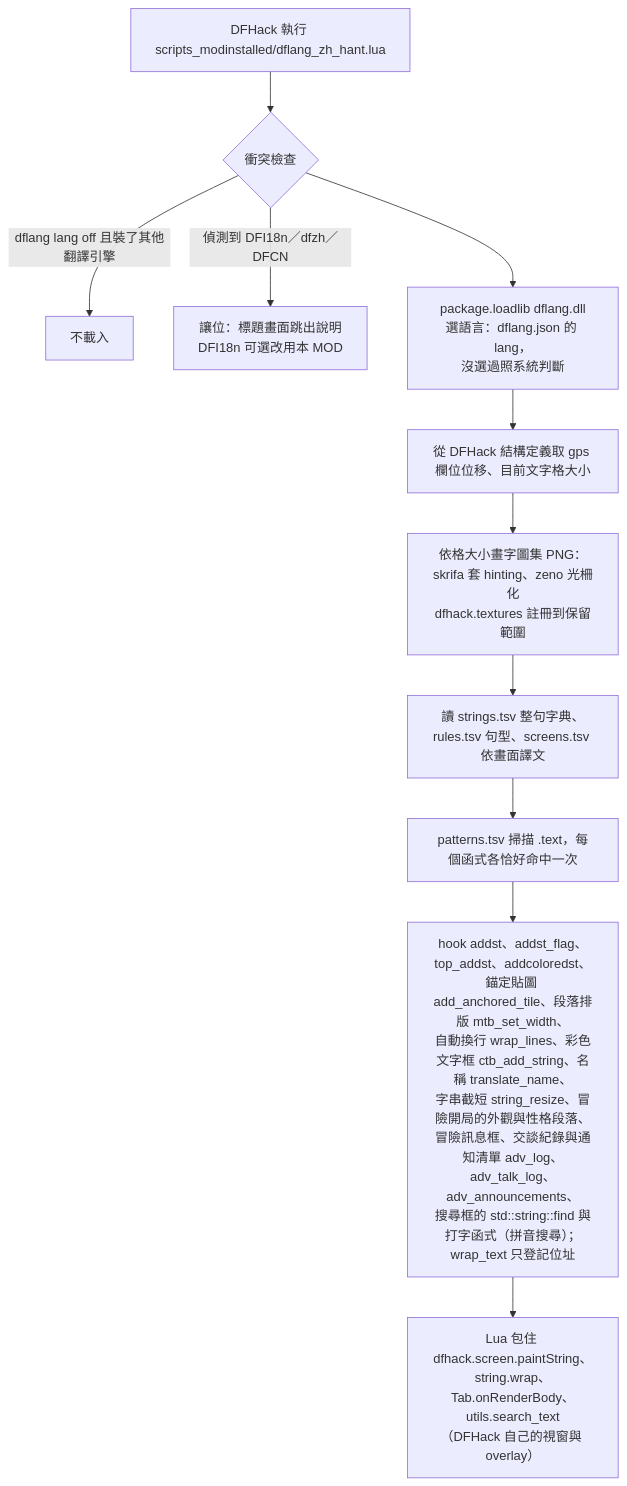
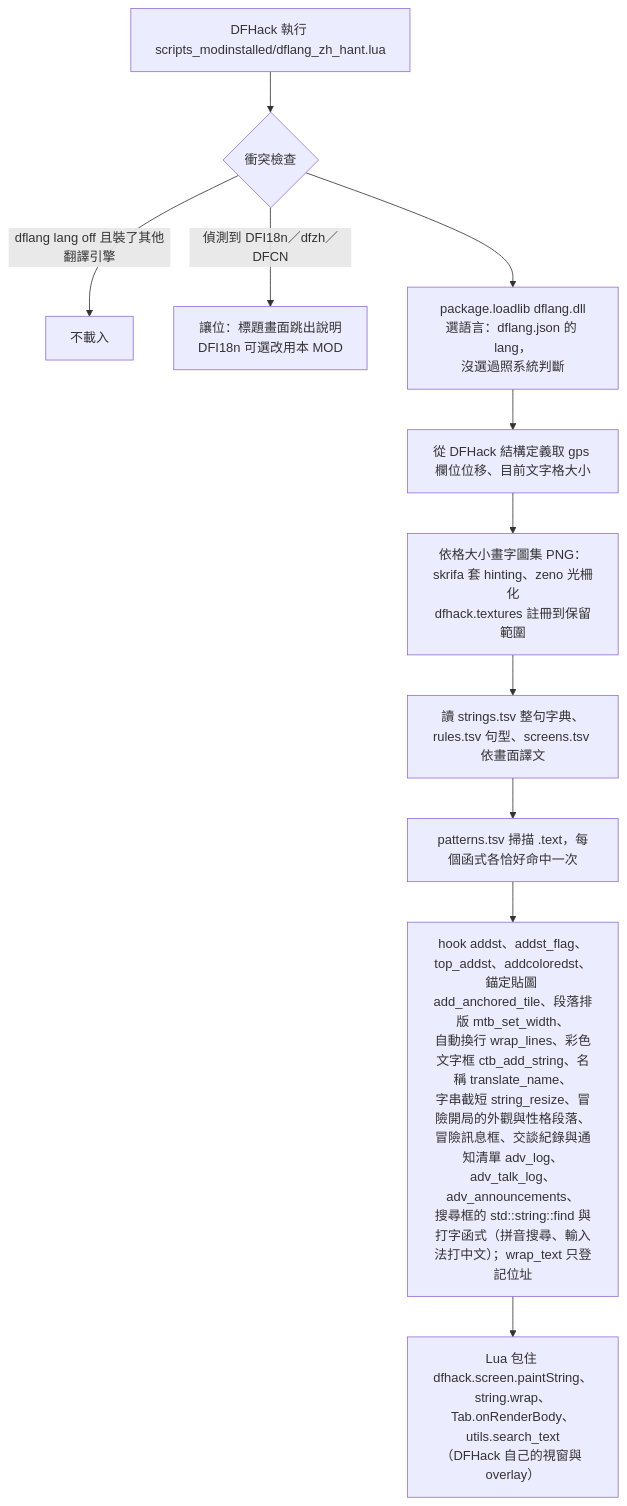
One commit to Minidoracat/MinidoracatDFLang changed the diagram in docs/analysis.md. Above: the diagram before and after it, drawn with Mermaid. The commit also changed other lines of this file and 69 other files, not shown here.

````diff
--- a/docs/analysis.md
+++ b/docs/analysis.md
@@ -48,13 +48,13 @@
 ```mermaid
 flowchart TD
   A[DFHack 執行 scripts_modinstalled/dflang_zh_hant.lua] --> B{衝突檢查}
   B -->|dflang lang off 且裝了其他翻譯引擎| X[不載入]
   B -->|偵測到 DFI18n／dfzh／DFCN| Y[讓位：標題畫面跳出說明<br>DFI18n 可選改用本 MOD]
   B --> C[package.loadlib dflang.dll<br>選語言：dflang.json 的 lang，<br>沒選過照系統判斷]
   C --> D[從 DFHack 結構定義取 gps 欄位位移、目前文字格大小]
   D --> E[依格大小畫字圖集 PNG：skrifa 套 hinting、zeno 光柵化<br>dfhack.textures 註冊到保留範圍]
   E --> F[讀 strings.tsv 整句字典、rules.tsv 句型、screens.tsv 依畫面譯文]
   F --> G[patterns.tsv 掃描 .text，每個函式各恰好命中一次]
-  G --> H[hook addst、addst_flag、top_addst、addcoloredst、<br>錨定貼圖 add_anchored_tile、段落排版 mtb_set_width、<br>自動換行 wrap_lines、彩色文字框 ctb_add_string、名稱 translate_name、<br>字串截短 string_resize、冒險開局的外觀與性格段落、<br>冒險訊息框、交談紀錄與通知清單 adv_log、adv_talk_log、adv_announcements、<br>搜尋框的 std::string::find 與打字函式（拼音搜尋）；wrap_text 只登記位址]
+  G --> H[hook addst、addst_flag、top_addst、addcoloredst、<br>錨定貼圖 add_anchored_tile、段落排版 mtb_set_width、<br>自動換行 wrap_lines、彩色文字框 ctb_add_string、名稱 translate_name、<br>字串截短 string_resize、冒險開局的外觀與性格段落、<br>冒險訊息框、交談紀錄與通知清單 adv_log、adv_talk_log、adv_announcements、<br>搜尋框的 std::string::find 與打字函式（拼音搜尋、輸入法打中文）；wrap_text 只登記位址]
   H --> I[Lua 包住 dfhack.screen.paintString、<br>string.wrap、Tab.onRenderBody、utils.search_text<br>（DFHack 自己的視窗與 overlay）]
 ```
````
